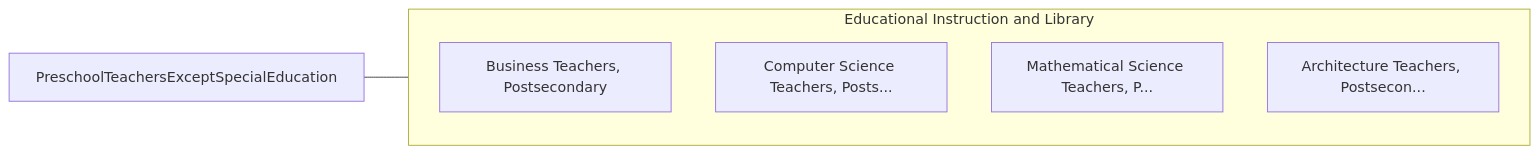
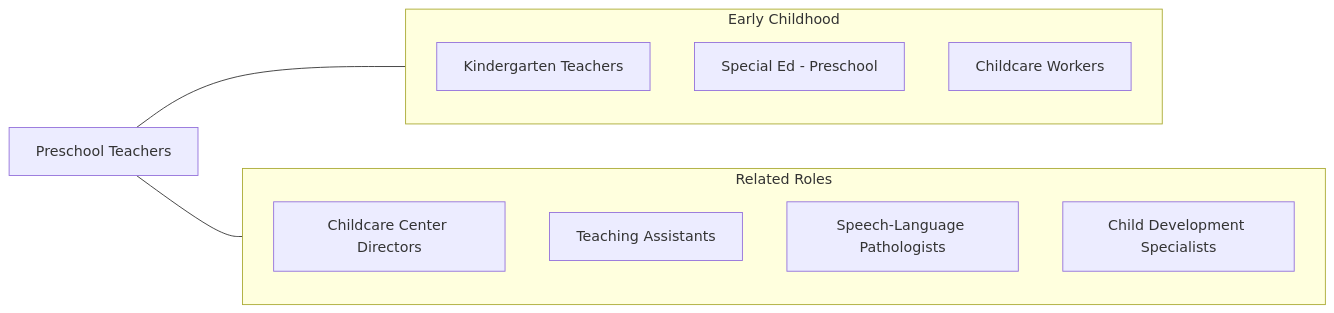
One commit to kziemski/business.org.ai changed the fourth of 4 diagrams in occupations/Education/PreschoolTeachersExceptSpecialEducation.mdx. Above: the diagram before and after it, drawn with Mermaid. The commit also changed other lines of this file and 938 other files, not shown here.

````diff
--- a/occupations/Education/PreschoolTeachersExceptSpecialEducation.mdx
+++ b/occupations/Education/PreschoolTeachersExceptSpecialEducation.mdx
@@ -113,13 +169,20 @@
 ```mermaid
 graph LR
-    Current["PreschoolTeachersExceptSpecialEducation"]
+    Current["Preschool Teachers"]
 
-    subgraph SameCategory["Educational Instruction and Library"]
-        BusinessTeachersPost["Business Teachers, Postsecondary"]
-        ComputerScienceTeach["Computer Science Teachers, Posts..."]
-        MathematicalScienceT["Mathematical Science Teachers, P..."]
-        ArchitectureTeachers["Architecture Teachers, Postsecon..."]
+    subgraph SameCategory["Early Childhood"]
+        Kindergarten["Kindergarten Teachers"]
+        SpEdPreK["Special Ed - Preschool"]
+        ChildcareWorkers["Childcare Workers"]
+    end
+
+    subgraph CrossFunctional["Related Roles"]
+        ECDirectors["Childcare Center Directors"]
+        TA["Teaching Assistants"]
+        SLP["Speech-Language Pathologists"]
+        ChildDev["Child Development Specialists"]
     end
 
     Current --- SameCategory
+    Current --- CrossFunctional
 ```
````
